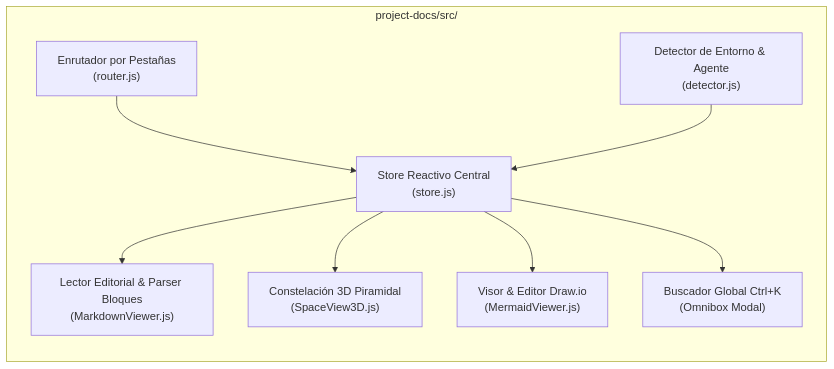
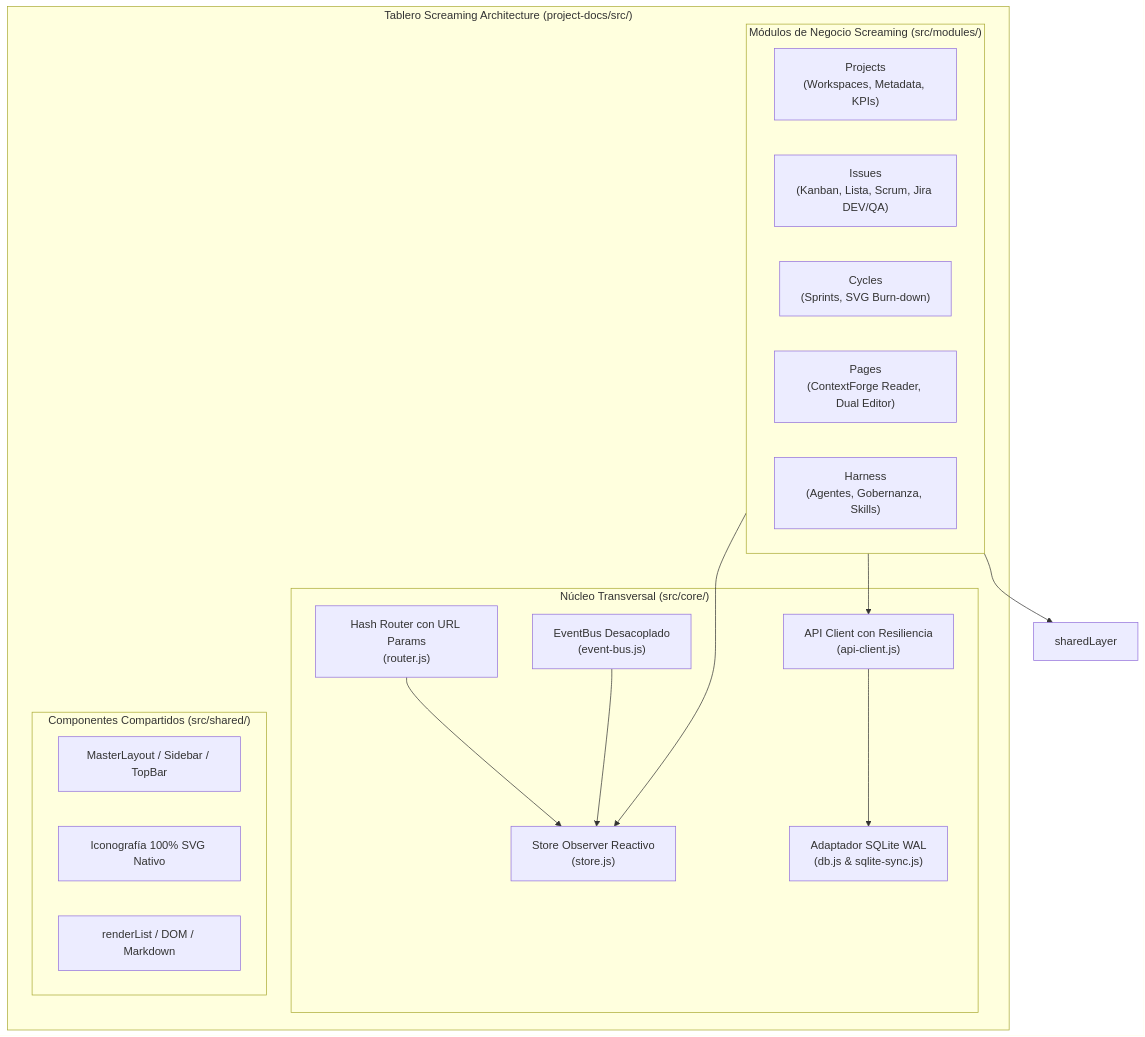
The third of 4 diagrams in project-docs/knowledge/c4-model.md (Nayid4/ContextForge), drawn with Mermaid before and after one commit. The commit also changed other lines of this file and 3 other files, not shown here.

Commit message:
docs(knowledge): update c4 model and master knowledge with screaming architecture

````diff
--- a/project-docs/knowledge/c4-model.md
+++ b/project-docs/knowledge/c4-model.md
@@ -60,19 +60,33 @@
 ```mermaid
-flowchart LR
-  subgraph DashboardComponents["project-docs/src/"]
-    compRouter["Enrutador por Pestañas<br/>(router.js)"]
-    compStore["Store Reactivo Central<br/>(store.js)"]
-    compDetector["Detector de Entorno & Agente<br/>(detector.js)"]
-    compMarkdown["Lector Editorial & Parser Bloques<br/>(MarkdownViewer.js)"]
-    compThree["Constelación 3D Piramidal<br/>(SpaceView3D.js)"]
-    compMermaid["Visor & Editor Draw.io<br/>(MermaidViewer.js)"]
-    compOmnibox["Buscador Global Ctrl+K<br/>(Omnibox Modal)"]
+flowchart TD
+  subgraph ClientApp["Tablero Screaming Architecture (project-docs/src/)"]
+    subgraph CoreLayer["Núcleo Transversal (src/core/)"]
+      compStore["Store Observer Reactivo<br/>(store.js)"]
+      compRouter["Hash Router con URL Params<br/>(router.js)"]
+      compBus["EventBus Desacoplado<br/>(event-bus.js)"]
+      compClient["API Client con Resiliencia<br/>(api-client.js)"]
+      compSqlite["Adaptador SQLite WAL<br/>(db.js & sqlite-sync.js)"]
+    end
+
+    subgraph DomainModules["Módulos de Negocio Screaming (src/modules/)"]
+      modProjects["Projects<br/>(Workspaces, Metadata, KPIs)"]
+      modIssues["Issues<br/>(Kanban, Lista, Scrum, Jira DEV/QA)"]
+      modCycles["Cycles<br/>(Sprints, SVG Burn-down)"]
+      modPages["Pages<br/>(ContextForge Reader, Dual Editor)"]
+      modHarness["Harness<br/>(Agentes, Gobernanza, Skills)"]
+    end
+
+    subgraph SharedLayer["Componentes Compartidos (src/shared/)"]
+      sharedLayout["MasterLayout / Sidebar / TopBar"]
+      sharedIcons["Iconografía 100% SVG Nativo"]
+      sharedUtils["renderList / DOM / Markdown"]
+    end
   end
 
   compRouter --> compStore
-  compDetector --> compStore
-  compStore --> compMarkdown
-  compStore --> compThree
-  compStore --> compMermaid
-  compStore --> compOmnibox
+  compBus --> compStore
+  DomainModules --> compStore
+  DomainModules --> compClient
+  compClient --> compSqlite
+  DomainModules --> sharedLayer
 ```
````
